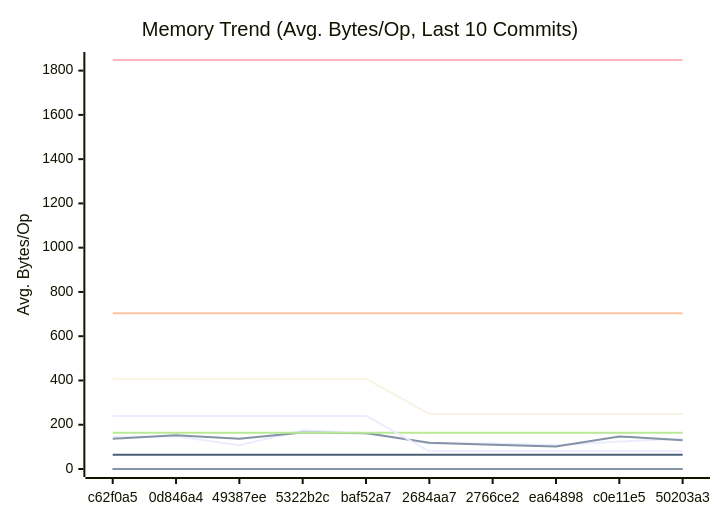
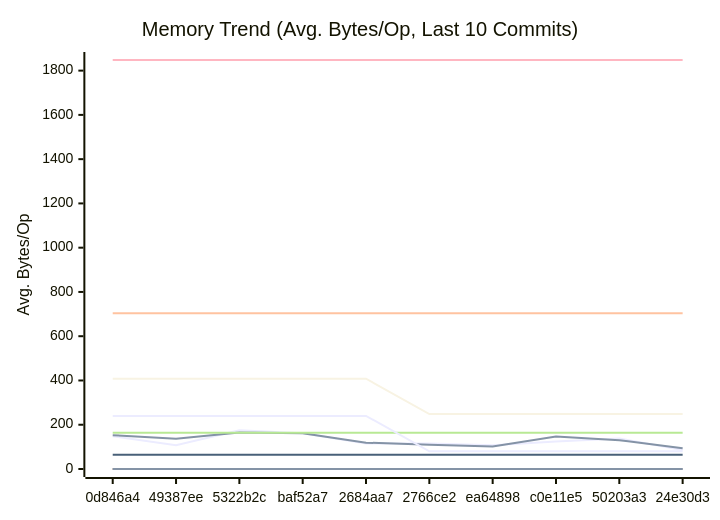
The second of 3 diagrams in docs/PERFORMANCE.md (alsotoes/momo), drawn with Mermaid before and after one commit. The commit also changed other lines of this file and 3 other files, not shown here.

````diff
--- a/docs/PERFORMANCE.md
+++ b/docs/PERFORMANCE.md
@@ -171,20 +171,20 @@
 ```mermaid
 xychart-beta
     title "Memory Trend (Avg. Bytes/Op, Last 10 Commits)"
     x-axis "Commit"
     y-axis "Avg. Bytes/Op"
-    x-axis [c62f0a5,0d846a4,49387ee,5322b2c,baf52a7,2684aa7,2766ce2,ea64898,c0e11e5,50203a3]
-    line "AWSChunkedReaderSigned" [146,148,107,175,162,115,115,107,124,138]
-    line "AWSChunkedReaderUnsigned" [137,153,137,165,162,119,110,102,147,130]
+    x-axis [0d846a4,49387ee,5322b2c,baf52a7,2684aa7,2766ce2,ea64898,c0e11e5,50203a3,24e30d3]
+    line "AWSChunkedReaderSigned" [148,107,175,162,115,115,107,124,138,86]
+    line "AWSChunkedReaderUnsigned" [153,137,165,162,119,110,102,147,130,94]
     line "CheckMetricsAndSwap" [0,0,0,0,0,0,0,0,0,0]
     line "CrushOptimized" [0,0,0,0,0,0,0,0,0,0]
     line "CrushOriginal" [164,164,164,164,164,164,164,164,164,164]
     line "IndexDirectTracking" [0,0,0,0,0,0,0,0,0,0]
     line "IndexSearch" [0,0,0,0,0,0,0,0,0,0]
     line "LoadGlobalConfig" [1848,1848,1848,1848,1848,1848,1848,1848,1848,1848]
     line "PadString" [64,64,64,64,64,64,64,64,64,64]
     line "ParseReplicationOrder_NoPrealloc" [408,408,408,408,408,248,248,248,248,248]
     line "ParseReplicationOrder_Prealloc" [240,240,240,240,240,80,80,80,80,80]
     line "SanitizeLog/Safe" [0,0,0,0,0,0,0,0,0,0]
     line "SanitizeLog/Unsafe" [704,704,704,704,704,704,704,704,704,704]
 ```
````
